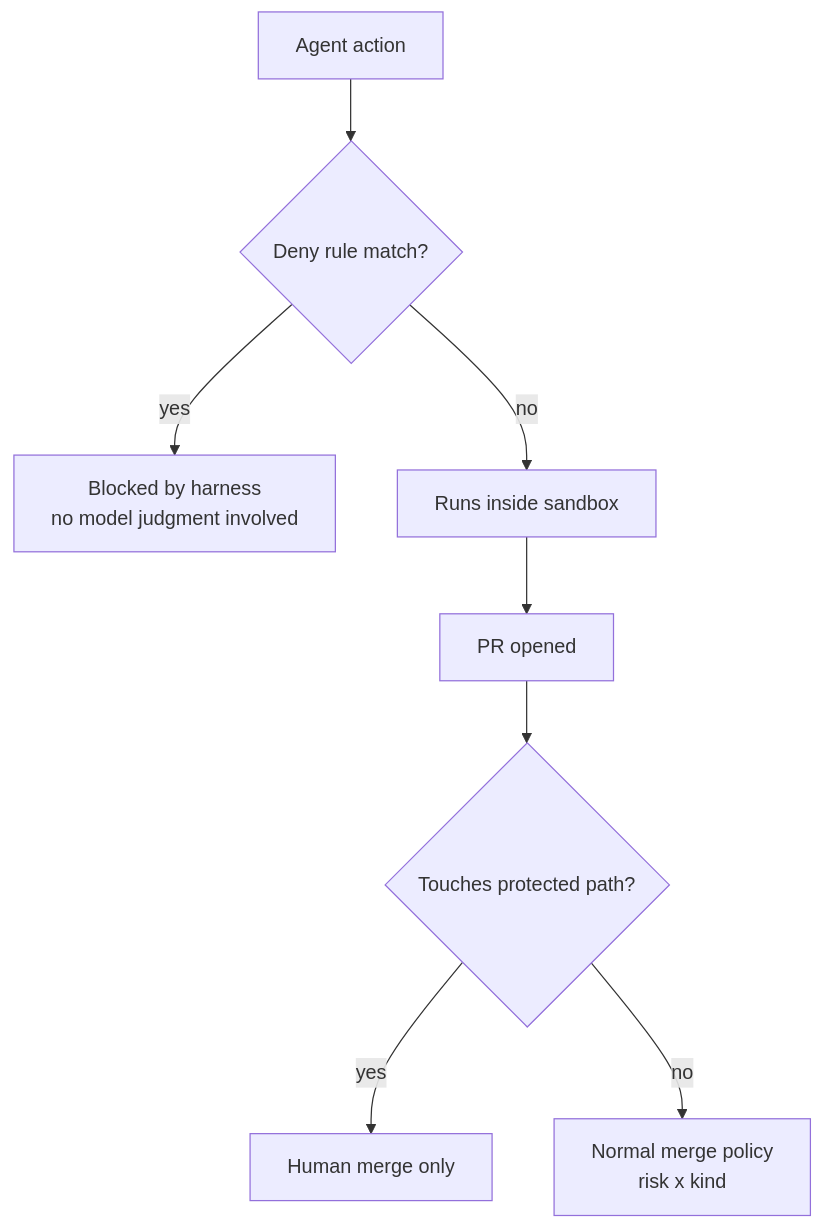
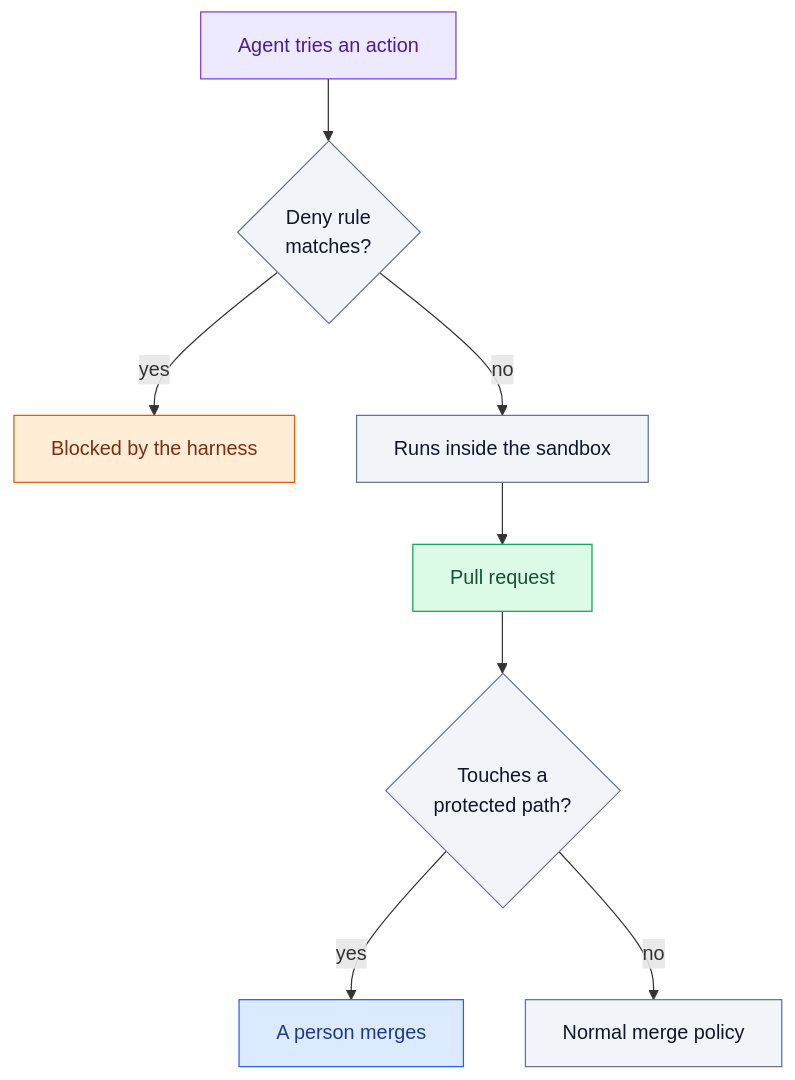
One commit to icelink-ai/software-factory-manifesto changed the diagram in docs/03-guardrails/deny-rules-and-protected-paths.md. Above: the diagram before and after it, drawn with Mermaid. The commit also changed other lines of this file and 73 other files, not shown here.

````diff
--- a/docs/03-guardrails/deny-rules-and-protected-paths.md
+++ b/docs/03-guardrails/deny-rules-and-protected-paths.md
@@ -34,10 +40,15 @@
 ```mermaid
 flowchart TD
-    A[Agent action] --> D{"Deny rule match?"}
-    D -->|yes| BLK["Blocked by harness<br/>no model judgment involved"]
-    D -->|no| C["Runs inside sandbox"]
-    C --> PR[PR opened]
-    PR --> P{"Touches protected path?"}
-    P -->|yes| H["Human merge only"]
-    P -->|no| POL["Normal merge policy<br/>risk x kind"]
+    A["Agent tries an action"]:::agent --> D{"Deny rule<br/>matches?"}:::script
+    D -->|yes| BLK["Blocked by the harness"]:::stop
+    D -->|no| C["Runs inside the sandbox"]:::script
+    C --> PR["Pull request"]:::state
+    PR --> P{"Touches a<br/>protected path?"}:::script
+    P -->|yes| H["A person merges"]:::person
+    P -->|no| POL["Normal merge policy"]:::script
+    classDef person fill:#dbeafe,stroke:#2563eb,color:#1e3a8a
+    classDef script fill:#f1f5f9,stroke:#64748b,color:#0f172a
+    classDef agent fill:#ede9fe,stroke:#7c3aed,color:#4c1d95
+    classDef state fill:#dcfce7,stroke:#16a34a,color:#14532d
+    classDef stop fill:#ffedd5,stroke:#ea580c,color:#7c2d12
 ```
````
